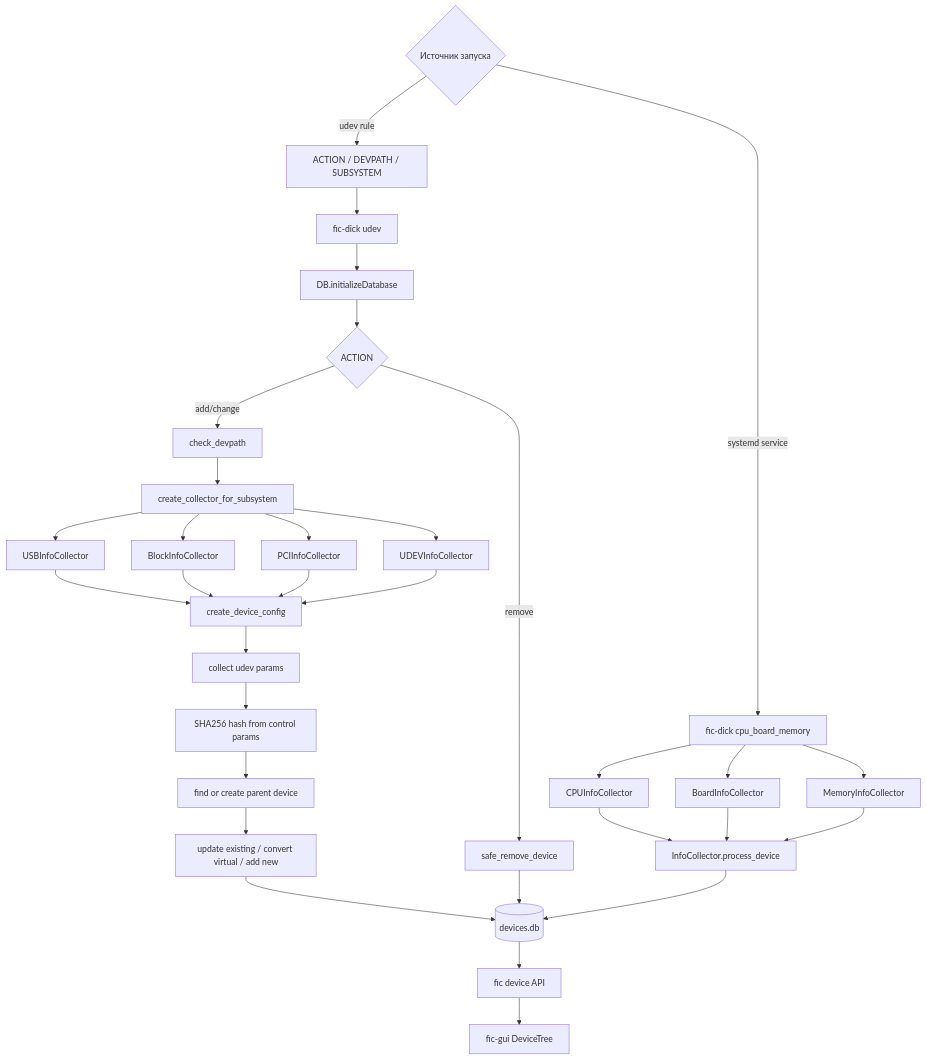
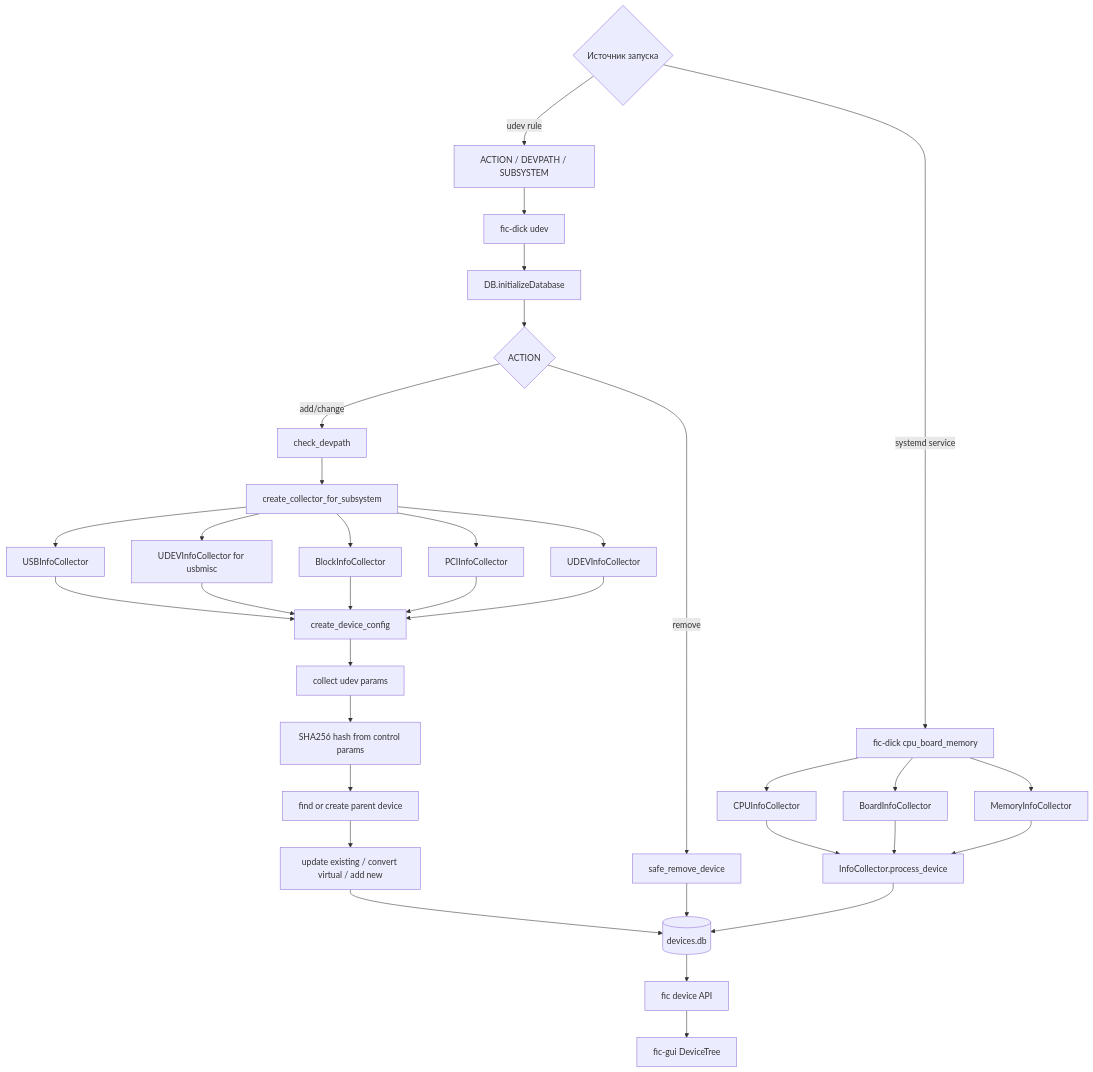
Before and after one commit to RevoltStar/FIC: the tenth of 11 diagrams in docs/architecture-diagrams.md, drawn with Mermaid. The commit also changed 8 other files, not shown here.

````diff
--- a/docs/architecture-diagrams.md
+++ b/docs/architecture-diagrams.md
@@ -342,41 +342,43 @@
 ```mermaid
 flowchart TD
     event{Источник запуска} -->|udev rule| udevEnv[ACTION / DEVPATH / SUBSYSTEM]
     event -->|systemd service| staticRun[fic-dick cpu_board_memory]
 
     udevEnv --> ficDickUdev[fic-dick udev]
     ficDickUdev --> initDb[DB.initializeDatabase]
     initDb --> action{ACTION}
 
     action -->|add/change| validateUdev[check_devpath]
     validateUdev --> collectorFactory[create_collector_for_subsystem]
     collectorFactory --> usb[USBInfoCollector]
+    collectorFactory --> usbmisc[UDEVInfoCollector for usbmisc]
     collectorFactory --> block[BlockInfoCollector]
     collectorFactory --> pci[PCIInfoCollector]
     collectorFactory --> generic[UDEVInfoCollector]
 
     usb --> createDevice[create_device_config]
+    usbmisc --> createDevice
     block --> createDevice
     pci --> createDevice
     generic --> createDevice
 
     createDevice --> collectParams[collect udev params]
     collectParams --> hash[SHA256 hash from control params]
     hash --> parent[find or create parent device]
     parent --> upsert[update existing / convert virtual / add new]
     upsert --> writeDb[(devices.db)]
 
     action -->|remove| safeRemove[safe_remove_device]
     safeRemove --> writeDb
 
     staticRun --> cpu[CPUInfoCollector]
     staticRun --> board[BoardInfoCollector]
     staticRun --> memory[MemoryInfoCollector]
     cpu --> processDevice[InfoCollector.process_device]
     board --> processDevice
     memory --> processDevice
     processDevice --> writeDb
 
     writeDb --> daemonDeviceApi[fic device API]
     daemonDeviceApi --> guiTree[fic-gui DeviceTree]
 ```
````
